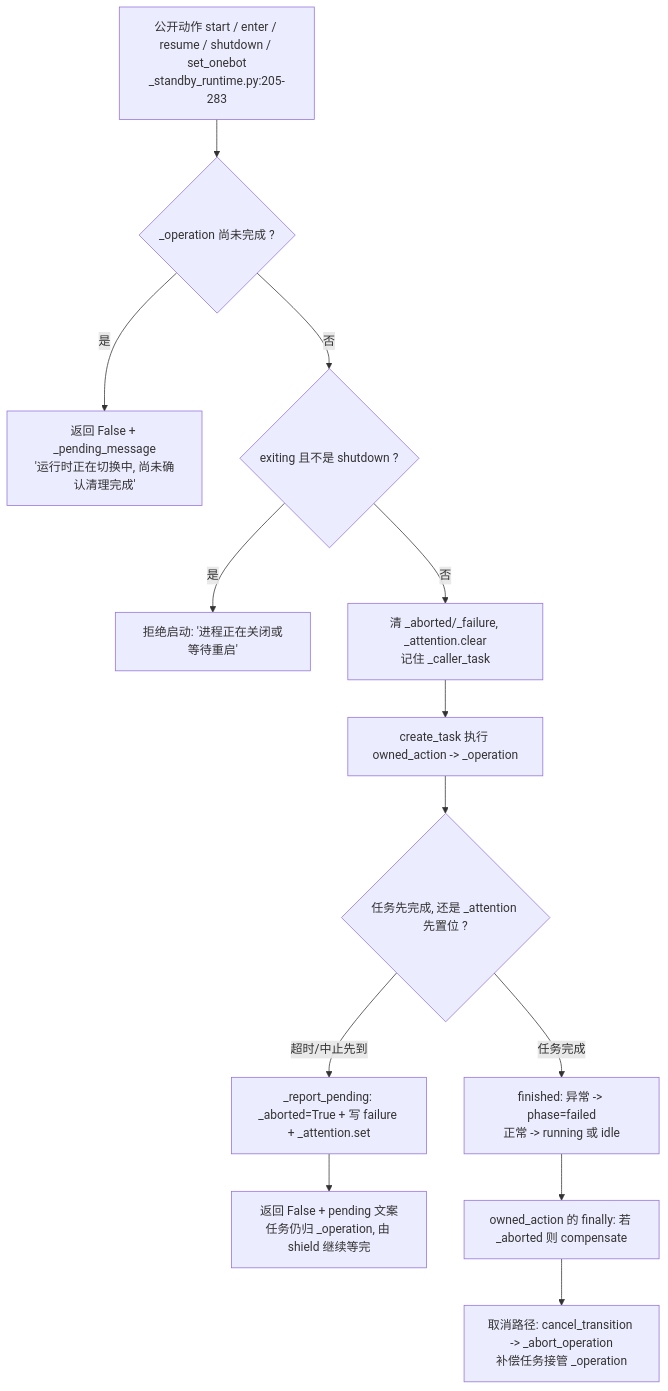
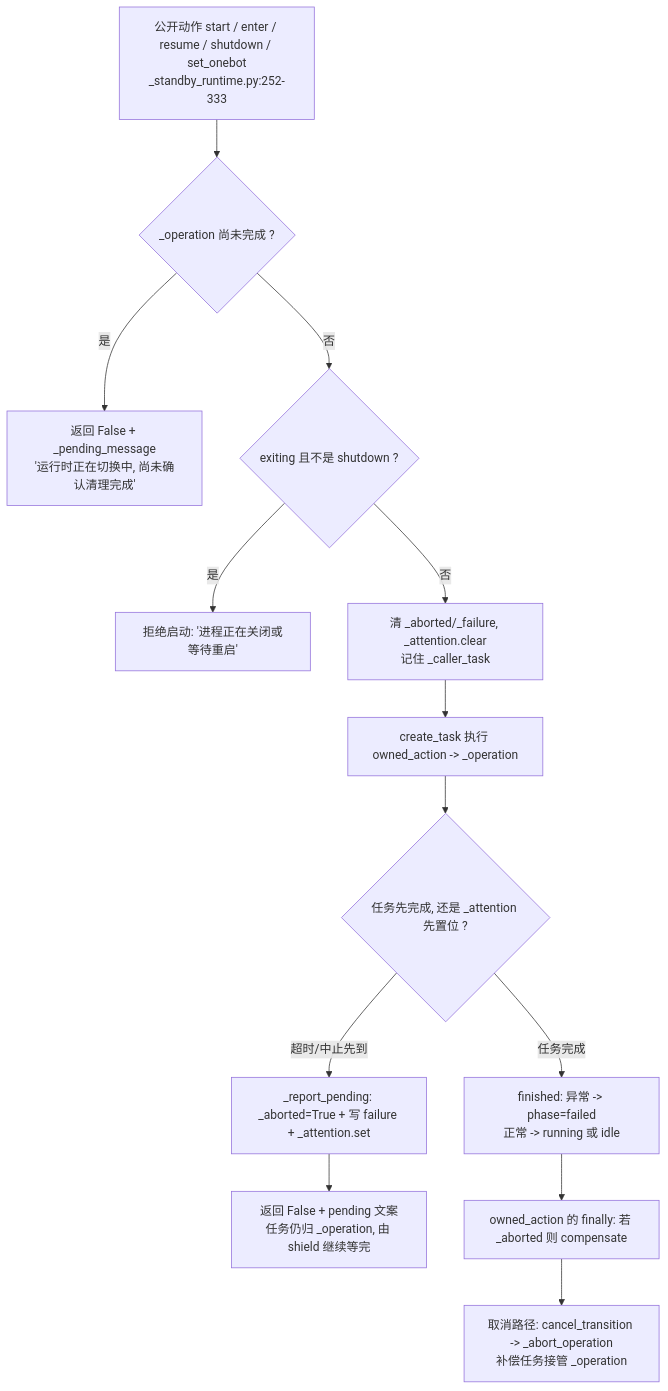
One commit to SuperQuail/NeoBot changed the seventh of 13 diagrams in docs/flow/01-startup-shutdown.md. Above: the diagram before and after it, drawn with Mermaid. The commit also changed other lines of this file and 37 other files, not shown here.

````diff
--- a/docs/flow/01-startup-shutdown.md
+++ b/docs/flow/01-startup-shutdown.md
@@ -296,15 +299,15 @@
 ```mermaid
 flowchart TD
-    A["公开动作 start / enter / resume / shutdown / set_onebot<br/>_standby_runtime.py:205-283"] --> B{"_operation 尚未完成 ?"}
+    A["公开动作 start / enter / resume / shutdown / set_onebot<br/>_standby_runtime.py:252-333"] --> B{"_operation 尚未完成 ?"}
     B -- 是 --> B1["返回 False + _pending_message<br/>'运行时正在切换中, 尚未确认清理完成'"]
     B -- 否 --> C{"exiting 且不是 shutdown ?"}
     C -- 是 --> C1["拒绝启动: '进程正在关闭或等待重启'"]
     C -- 否 --> D["清 _aborted/_failure, _attention.clear<br/>记住 _caller_task"]
     D --> E["create_task 执行 owned_action -> _operation"]
     E --> F{"任务先完成, 还是 _attention 先置位 ?"}
     F -- 任务完成 --> G["finished: 异常 -> phase=failed<br/>正常 -> running 或 idle"]
     F -- 超时/中止先到 --> H["_report_pending: _aborted=True + 写 failure + _attention.set"]
     H --> I["返回 False + pending 文案<br/>任务仍归 _operation, 由 shield 继续等完"]
     G --> J["owned_action 的 finally: 若 _aborted 则 compensate"]
     J --> K["取消路径: cancel_transition -> _abort_operation<br/>补偿任务接管 _operation"]
 ```
````
